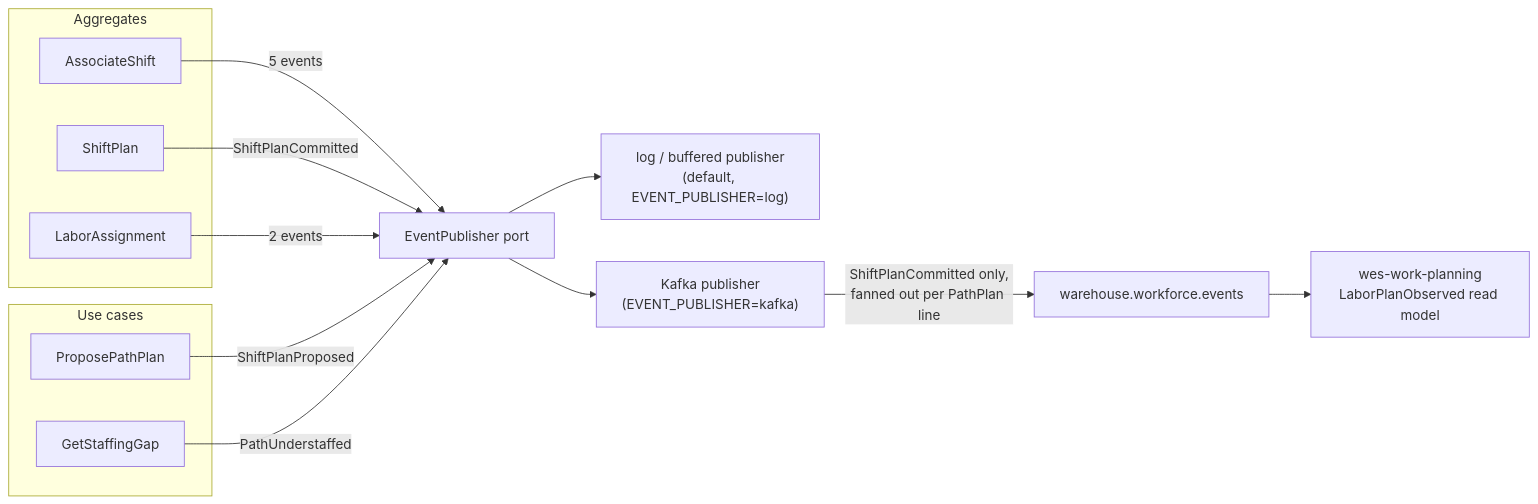
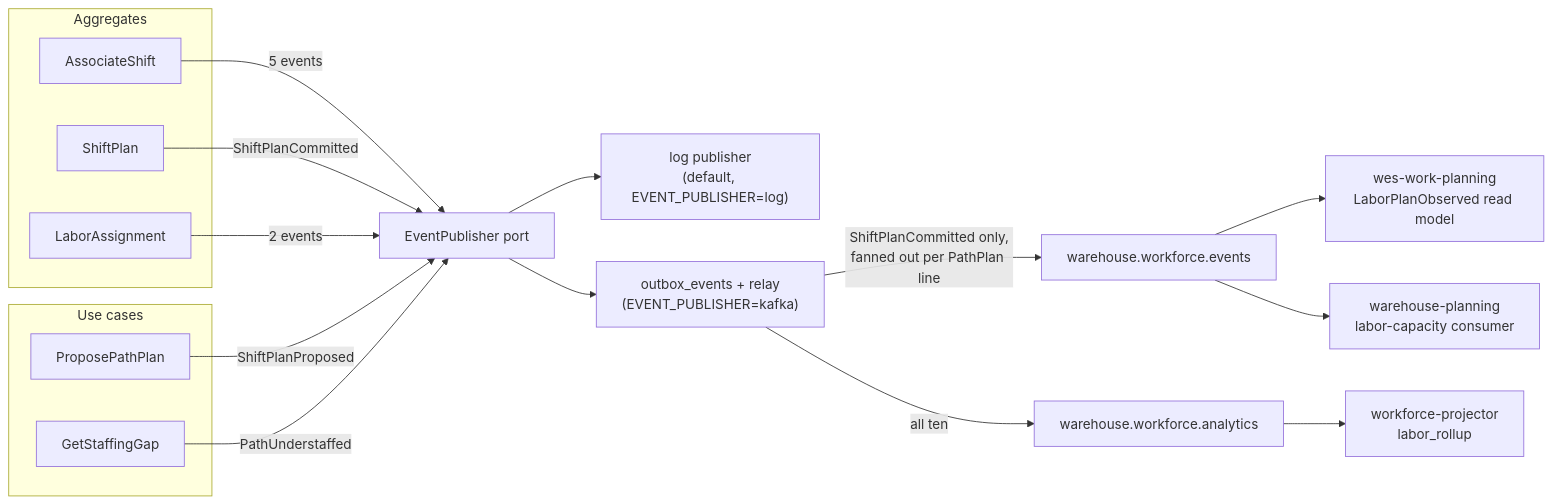
The diagram in docs/contexts/workforce-management/domain-events.md (IQVO/warehouse-docs), drawn with Mermaid before and after one commit. The commit also changed other lines of this file and 717 other files, not shown here.

````diff
--- a/docs/contexts/workforce-management/domain-events.md
+++ b/docs/contexts/workforce-management/domain-events.md
@@ -44,27 +85,30 @@
 ```mermaid
 flowchart LR
   subgraph agg["Aggregates"]
     A["AssociateShift"]
     S["ShiftPlan"]
     L["LaborAssignment"]
   end
 
   subgraph uc["Use cases"]
     P["ProposePathPlan"]
     G["GetStaffingGap"]
   end
 
   A -->|"5 events"| PORT
   S -->|"ShiftPlanCommitted"| PORT
   L -->|"2 events"| PORT
   P -->|"ShiftPlanProposed"| PORT
   G -->|"PathUnderstaffed"| PORT
 
   PORT["EventPublisher port"]
 
-  PORT --> LOG["log / buffered publisher<br/>(default, EVENT_PUBLISHER=log)"]
-  PORT --> KAFKA["Kafka publisher<br/>(EVENT_PUBLISHER=kafka)"]
+  PORT --> LOG["log publisher<br/>(default, EVENT_PUBLISHER=log)"]
+  PORT --> KAFKA["outbox_events + relay<br/>(EVENT_PUBLISHER=kafka)"]
 
   KAFKA -->|"ShiftPlanCommitted only,<br/>fanned out per PathPlan line"| TOPIC["warehouse.workforce.events"]
+  KAFKA -->|"all ten"| ATOPIC["warehouse.workforce.analytics"]
   TOPIC --> WP["wes-work-planning<br/>LaborPlanObserved read model"]
+  TOPIC --> PL["warehouse-planning<br/>labor-capacity consumer"]
+  ATOPIC --> PROJ["workforce-projector<br/>labor_rollup"]
 ```
````
